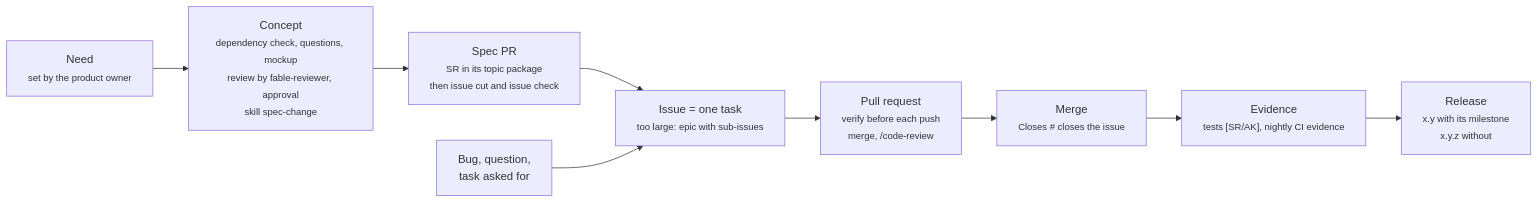
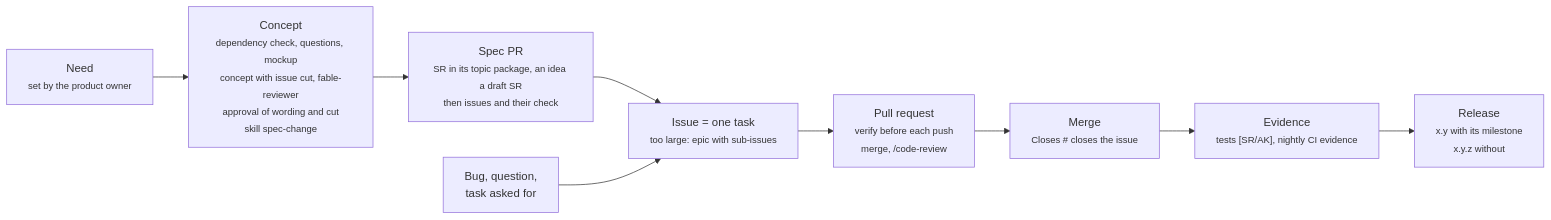
One commit to ThomasBirkmaier/ReqSeq changed the first of 2 diagrams in docs/process.md. Above: the diagram before and after it, drawn with Mermaid. The commit also changed other lines of this file and 1 other file, not shown here.

````diff
--- a/docs/process.md
+++ b/docs/process.md
@@ -5,16 +5,16 @@
 ```mermaid
 flowchart LR
   need["Need<br/><small>set by the product owner</small>"]
-  concept["Concept<br/><small>dependency check, questions, mockup<br/>review by fable-reviewer, approval<br/>skill spec-change</small>"]
-  specpr["Spec PR<br/><small>SR in its topic package<br/>then issue cut and issue check</small>"]
+  concept["Concept<br/><small>dependency check, questions, mockup<br/>concept with issue cut, fable-reviewer<br/>approval of wording and cut<br/>skill spec-change</small>"]
+  specpr["Spec PR<br/><small>SR in its topic package, an idea a draft SR<br/>then issues and their check</small>"]
   entry["Bug, question,<br/>task asked for"]
   issue["Issue = one task<br/><small>too large: epic with sub-issues</small>"]
   pr["Pull request<br/><small>verify before each push<br/>merge, /code-review</small>"]
   merged["Merge<br/><small>Closes # closes the issue</small>"]
   evidence["Evidence<br/><small>tests [SR/AK], nightly CI evidence</small>"]
   release["Release<br/><small>x.y with its milestone<br/>x.y.z without</small>"]
 
   need --> concept --> specpr --> issue
   entry --> issue
   issue --> pr --> merged --> evidence --> release
 ```
````
